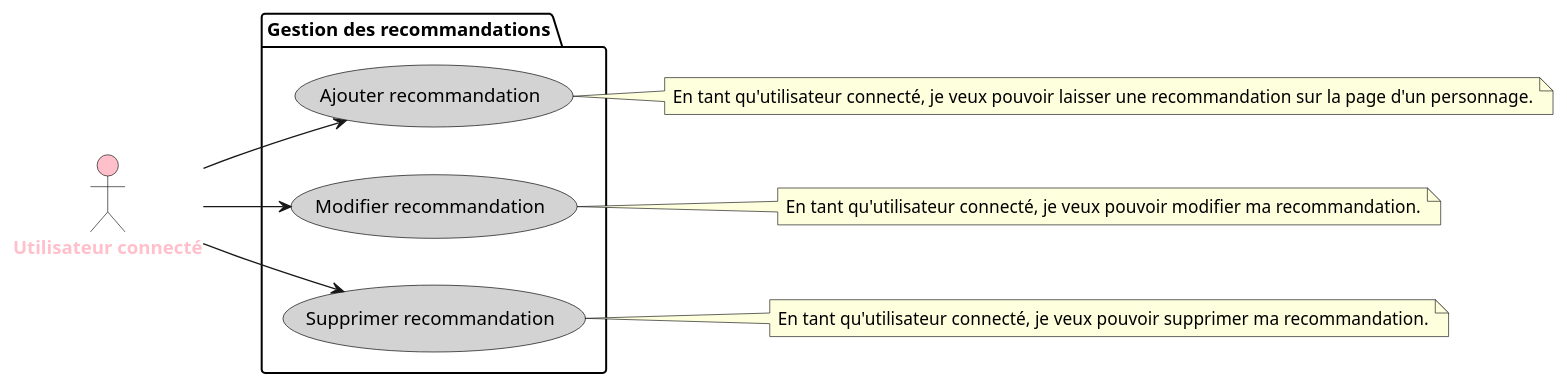
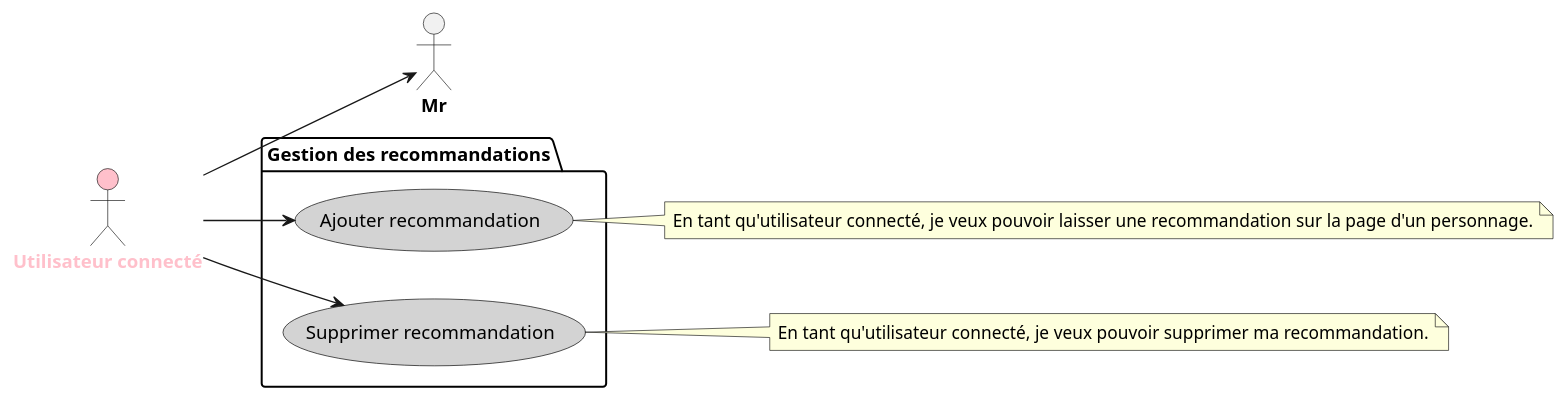
One commit to fledgless/Fortuna-Nexus changed the diagram in public/conception/diagrams/user stories/UserRecommandation.puml. Above: the diagram before and after it, drawn with PlantUML. The commit also changed 5 other files, not shown here.

Commit message:
activity diagrams

```diff
--- a/public/conception/diagrams/user stories/UserRecommandation.puml
+++ b/public/conception/diagrams/user stories/UserRecommandation.puml
@@ -1,33 +1,29 @@
 @startuml UserStory=UserRecommandation
 
 left to right direction
 skinparam actorFontStyle bold
 skinparam usecase {
     BackgroundColor YellowGreen
     BorderColor Black
 }
 
 actor "Utilisateur connecté" as U #Pink;text:Pink
 package "Gestion des recommandations" {
     usecase "Ajouter recommandation" as Ar #LightGray;text:Black
-    usecase "Modifier recommandation" as Mr #LightGray;text:Black
     usecase "Supprimer recommandation" as Sr #LightGray;text:Black
 }
 
 ' Relations entre acteurs et cas d'utilisation
 U --> Ar
 U --> Mr
 U --> Sr
 
 ' Description des cas d'utilisation
 note right of Ar
     En tant qu'utilisateur connecté, je veux pouvoir laisser une recommandation sur la page d'un personnage.
 end note
 note right of Sr
     En tant qu'utilisateur connecté, je veux pouvoir supprimer ma recommandation.
 end note
-note right of Mr
-    En tant qu'utilisateur connecté, je veux pouvoir modifier ma recommandation.
-end note
 
 @enduml
```
